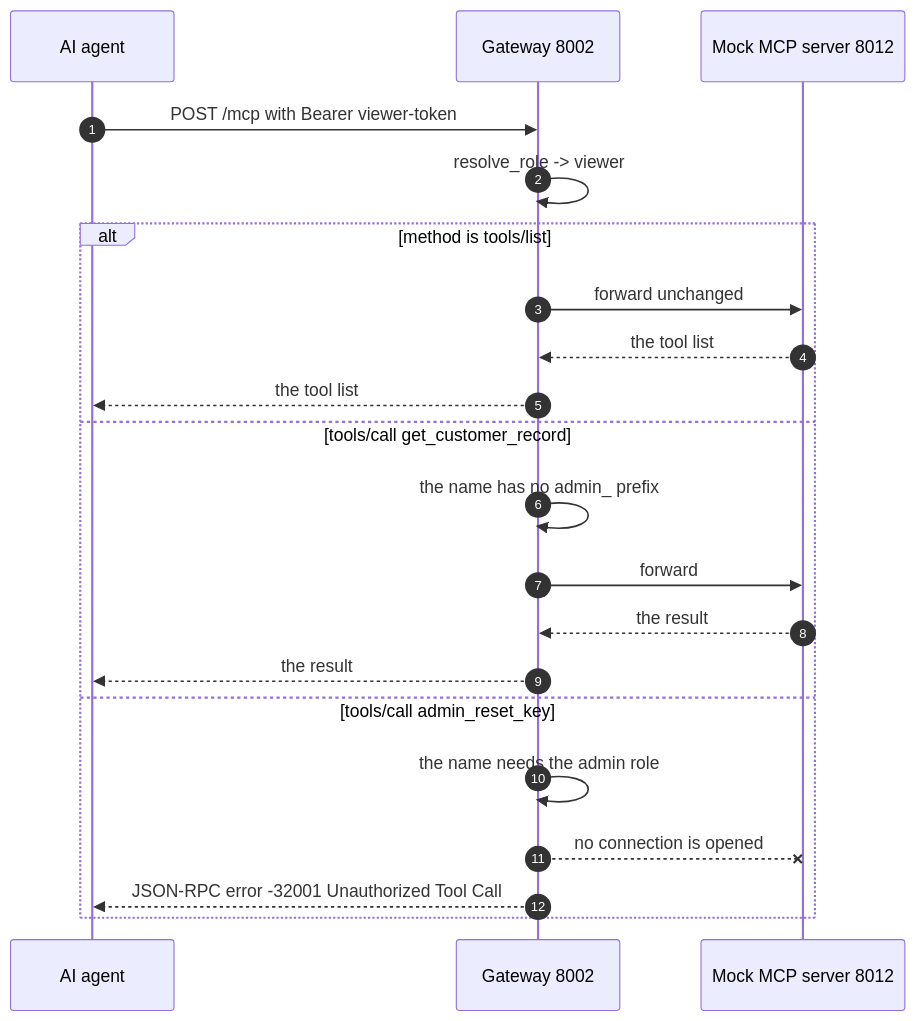
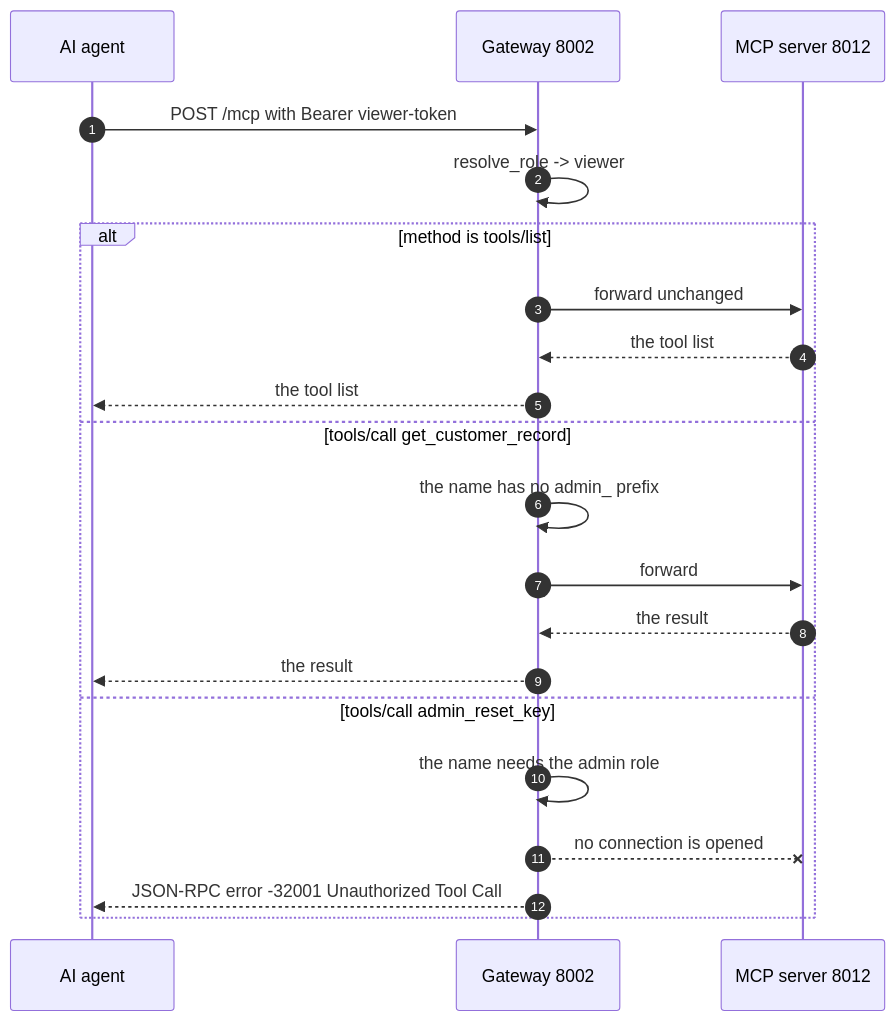
The third of 9 diagrams in README.md (Kunal-5402/quilr-tasks), drawn with Mermaid before and after one commit. The commit also changed other lines of this file and 6 other files, not shown here.

````diff
--- a/README.md
+++ b/README.md
@@ -161,25 +161,25 @@
 ```mermaid
 sequenceDiagram
     autonumber
     participant A as AI agent
     participant G as Gateway 8002
-    participant D as Mock MCP server 8012
+    participant D as MCP server 8012
 
     A->>G: POST /mcp with Bearer viewer-token
     G->>G: resolve_role -> viewer
 
     alt method is tools/list
         G->>D: forward unchanged
         D-->>G: the tool list
         G-->>A: the tool list
     else tools/call get_customer_record
         G->>G: the name has no admin_ prefix
         G->>D: forward
         D-->>G: the result
         G-->>A: the result
     else tools/call admin_reset_key
         G->>G: the name needs the admin role
         G--xD: no connection is opened
         G-->>A: JSON-RPC error -32001 Unauthorized Tool Call
     end
 ```
````
